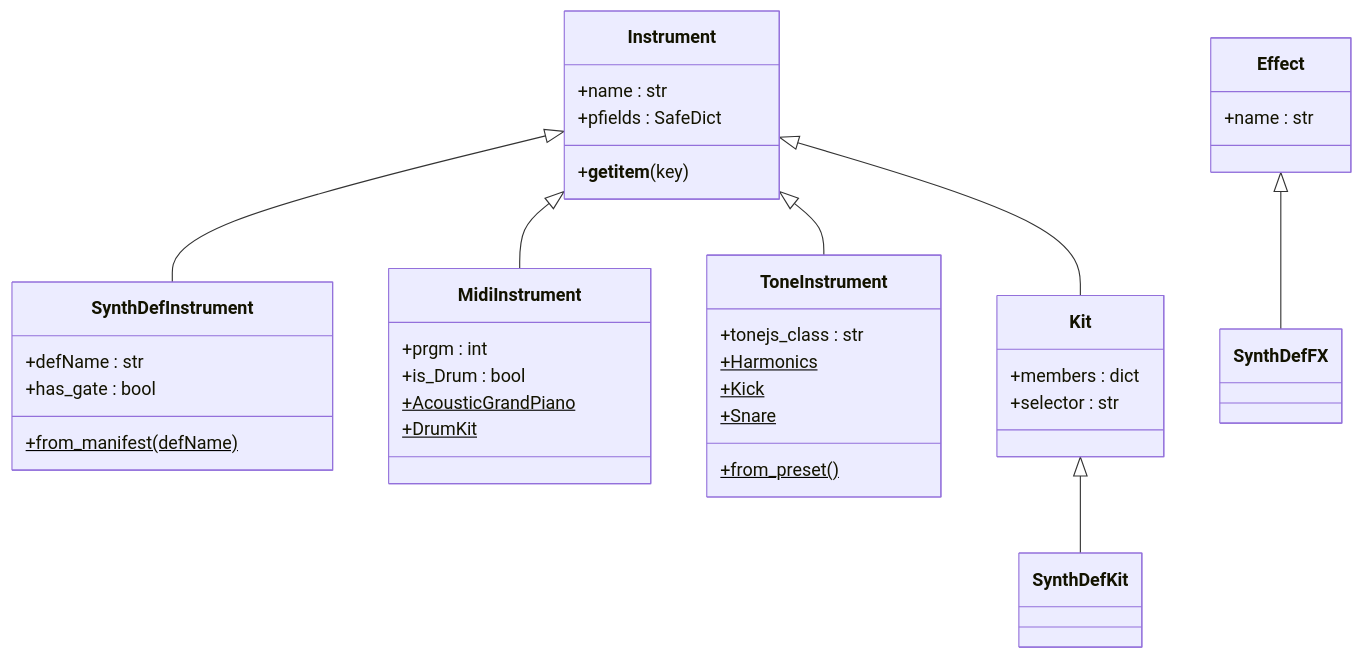
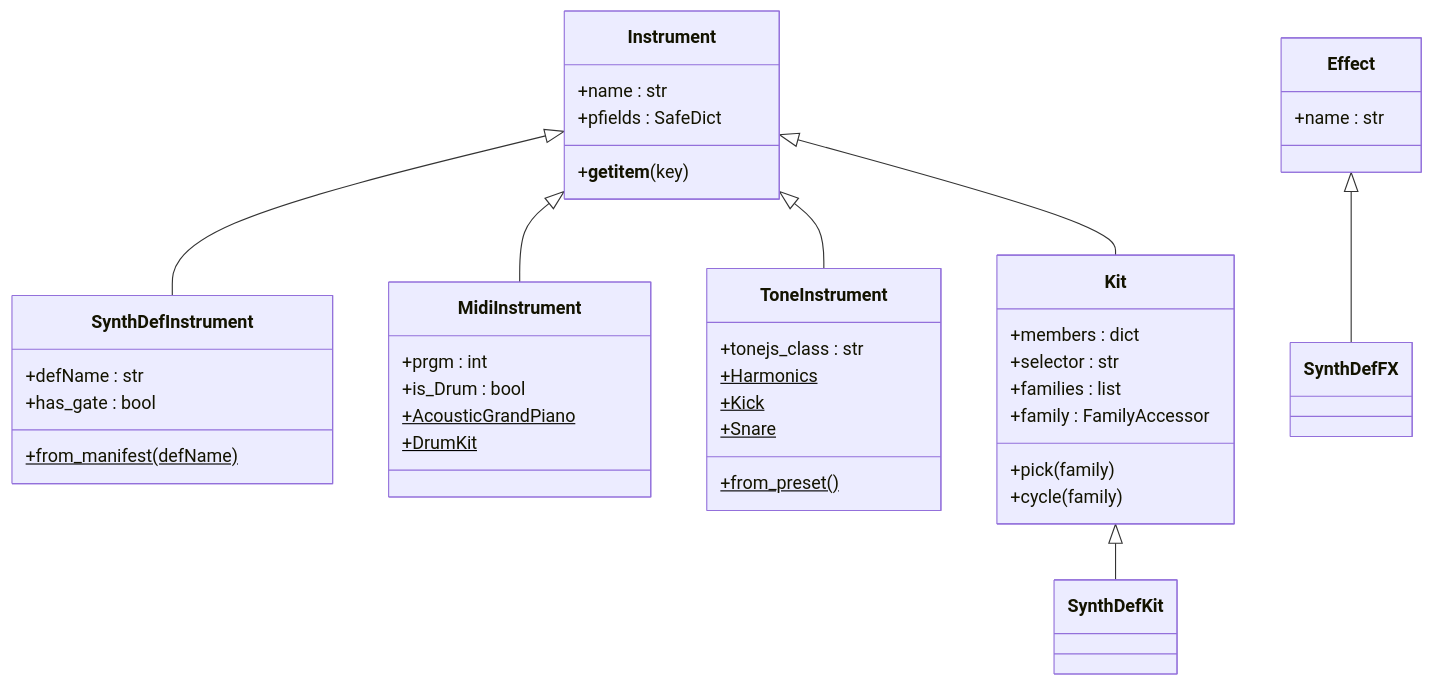
The sixth of 9 diagrams in docs/architecture/05_THETOS.md (kr4g/Klotho), drawn with Mermaid before and after one commit. The commit also changed other lines of this file and 108 other files, not shown here.

````diff
--- a/docs/architecture/05_THETOS.md
+++ b/docs/architecture/05_THETOS.md
@@ -281,45 +281,49 @@
 ```mermaid
 classDiagram
     class Instrument {
         +name : str
         +pfields : SafeDict
         +__getitem__(key)
     }
 
     Instrument <|-- SynthDefInstrument
     Instrument <|-- MidiInstrument
     Instrument <|-- ToneInstrument
     Instrument <|-- Kit
     Kit <|-- SynthDefKit
     Effect <|-- SynthDefFX
 
     class SynthDefInstrument {
         +defName : str
         +has_gate : bool
         +from_manifest(defName)$
     }
 
     class MidiInstrument {
         +prgm : int
         +is_Drum : bool
         +AcousticGrandPiano$
         +DrumKit$
     }
 
     class ToneInstrument {
         +tonejs_class : str
         +from_preset()$
         +Harmonics$
         +Kick$
         +Snare$
     }
 
     class Kit {
         +members : dict
         +selector : str
+        +families : list
+        +family : FamilyAccessor
+        +pick(family)
+        +cycle(family)
     }
 
     class Effect {
         +name : str
     }
 ```
````
